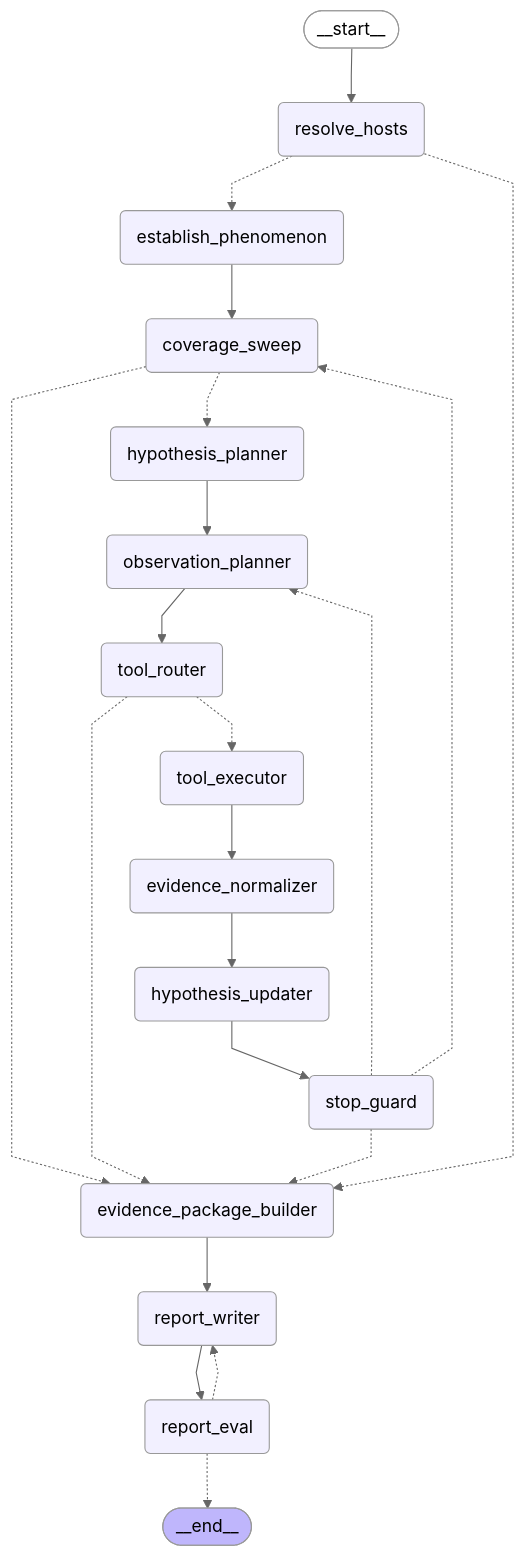
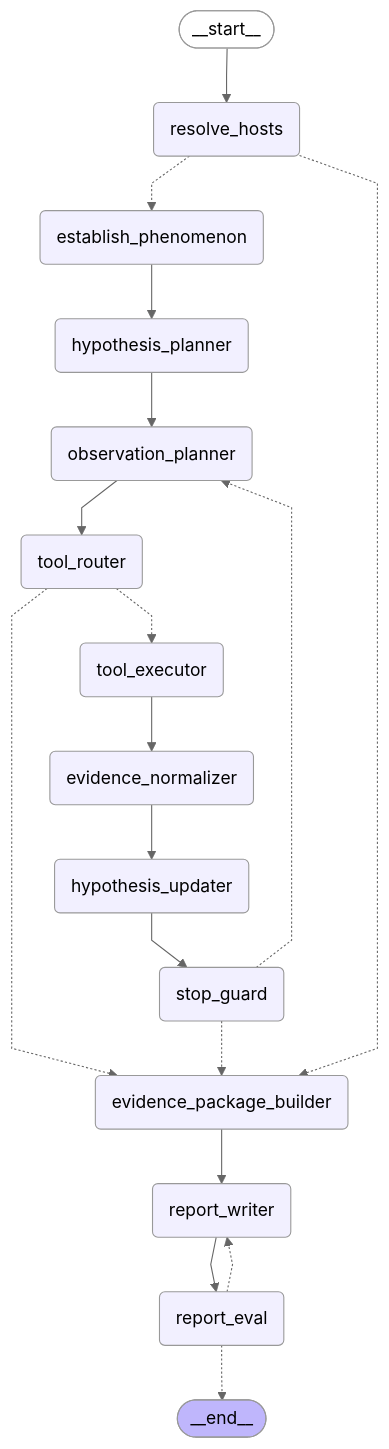
The diagram in rca-api/docs/collector-graph.md (Edrient17/aiops-rca-orchestrator), drawn with Mermaid (neutral theme) before and after one commit. The commit also changed 31 other files, not shown here.

````diff
--- a/rca-api/docs/collector-graph.md
+++ b/rca-api/docs/collector-graph.md
@@ -10,46 +10,42 @@
 ```mermaid
 ---
 config:
   flowchart:
     curve: linear
 ---
 graph TD;
 	__start__([<p>__start__</p>]):::first
 	resolve_hosts(resolve_hosts)
 	establish_phenomenon(establish_phenomenon)
-	coverage_sweep(coverage_sweep)
 	hypothesis_planner(hypothesis_planner)
 	observation_planner(observation_planner)
 	tool_router(tool_router)
 	tool_executor(tool_executor)
 	evidence_normalizer(evidence_normalizer)
 	hypothesis_updater(hypothesis_updater)
 	stop_guard(stop_guard)
 	evidence_package_builder(evidence_package_builder)
 	report_writer(report_writer)
 	report_eval(report_eval)
 	__end__([<p>__end__</p>]):::last
 	__start__ --> resolve_hosts;
-	coverage_sweep -.-> evidence_package_builder;
-	coverage_sweep -.-> hypothesis_planner;
-	establish_phenomenon --> coverage_sweep;
+	establish_phenomenon --> hypothesis_planner;
 	evidence_normalizer --> hypothesis_updater;
 	evidence_package_builder --> report_writer;
 	hypothesis_planner --> observation_planner;
 	hypothesis_updater --> stop_guard;
 	observation_planner --> tool_router;
 	report_eval -.-> __end__;
 	report_eval -.-> report_writer;
 	report_writer --> report_eval;
 	resolve_hosts -.-> establish_phenomenon;
 	resolve_hosts -.-> evidence_package_builder;
-	stop_guard -.-> coverage_sweep;
 	stop_guard -.-> evidence_package_builder;
 	stop_guard -.-> observation_planner;
 	tool_executor --> evidence_normalizer;
 	tool_router -.-> evidence_package_builder;
 	tool_router -.-> tool_executor;
 	classDef default fill:#f2f0ff,line-height:1.2
 	classDef first fill-opacity:0
 	classDef last fill:#bfb6fc
 ```
````
